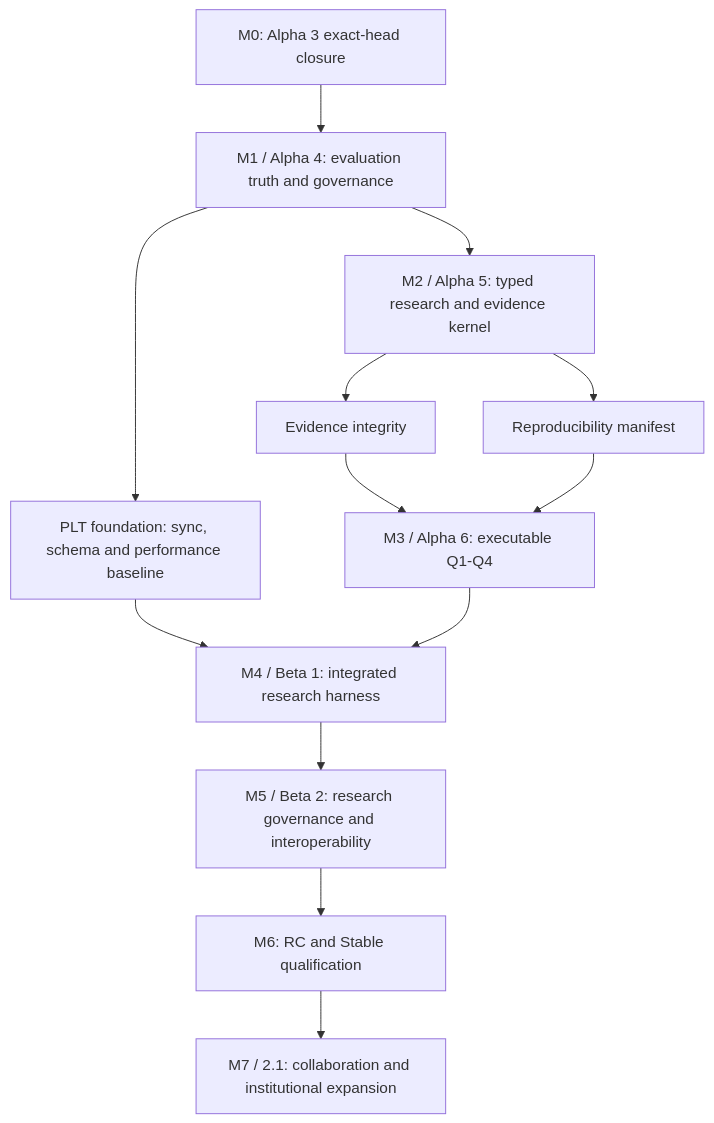
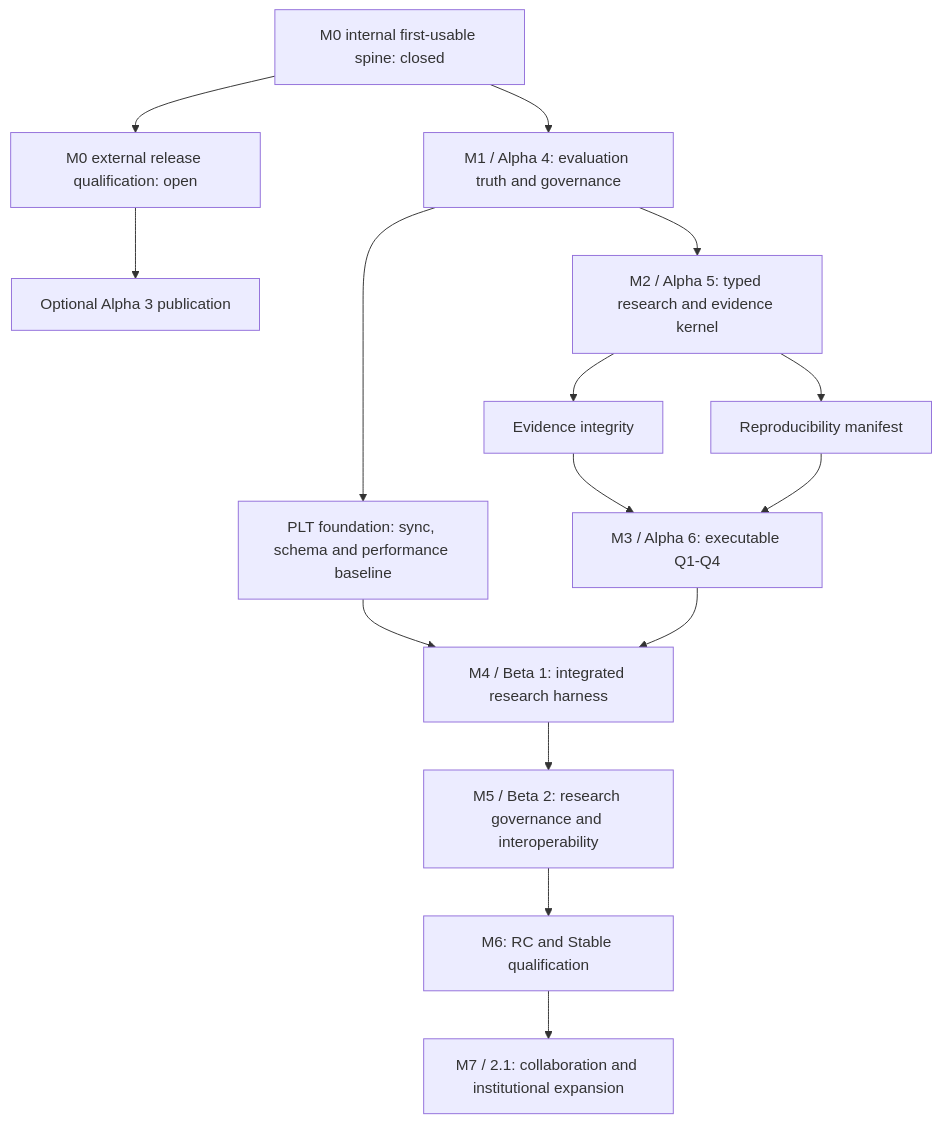
The diagram in docs/superpowers/roadmaps/2026-08-02-qiongli-2-research-harness-master-roadmap.md (jxpeng98/qiongli), drawn with Mermaid before and after one commit. The commit also changed other lines of this file and 21 other files, not shown here.

````diff
--- a/docs/superpowers/roadmaps/2026-08-02-qiongli-2-research-harness-master-roadmap.md
+++ b/docs/superpowers/roadmaps/2026-08-02-qiongli-2-research-harness-master-roadmap.md
@@ -231,15 +241,17 @@
 ```mermaid
 flowchart TD
-    M0["M0: Alpha 3 exact-head closure"] --> M1["M1 / Alpha 4: evaluation truth and governance"]
+    M0I["M0 internal first-usable spine: closed"] --> M0R["M0 external release qualification: open"]
+    M0I --> M1["M1 / Alpha 4: evaluation truth and governance"]
+    M0R --> PUB["Optional Alpha 3 publication"]
     M1 --> M2["M2 / Alpha 5: typed research and evidence kernel"]
     M1 --> P1["PLT foundation: sync, schema and performance baseline"]
     M2 --> E1["Evidence integrity"]
     M2 --> R1["Reproducibility manifest"]
     E1 --> M3["M3 / Alpha 6: executable Q1-Q4"]
     R1 --> M3
     P1 --> M4["M4 / Beta 1: integrated research harness"]
     M3 --> M4
     M4 --> M5["M5 / Beta 2: research governance and interoperability"]
     M5 --> M6["M6: RC and Stable qualification"]
     M6 --> M7["M7 / 2.1: collaboration and institutional expansion"]
 ```
````
